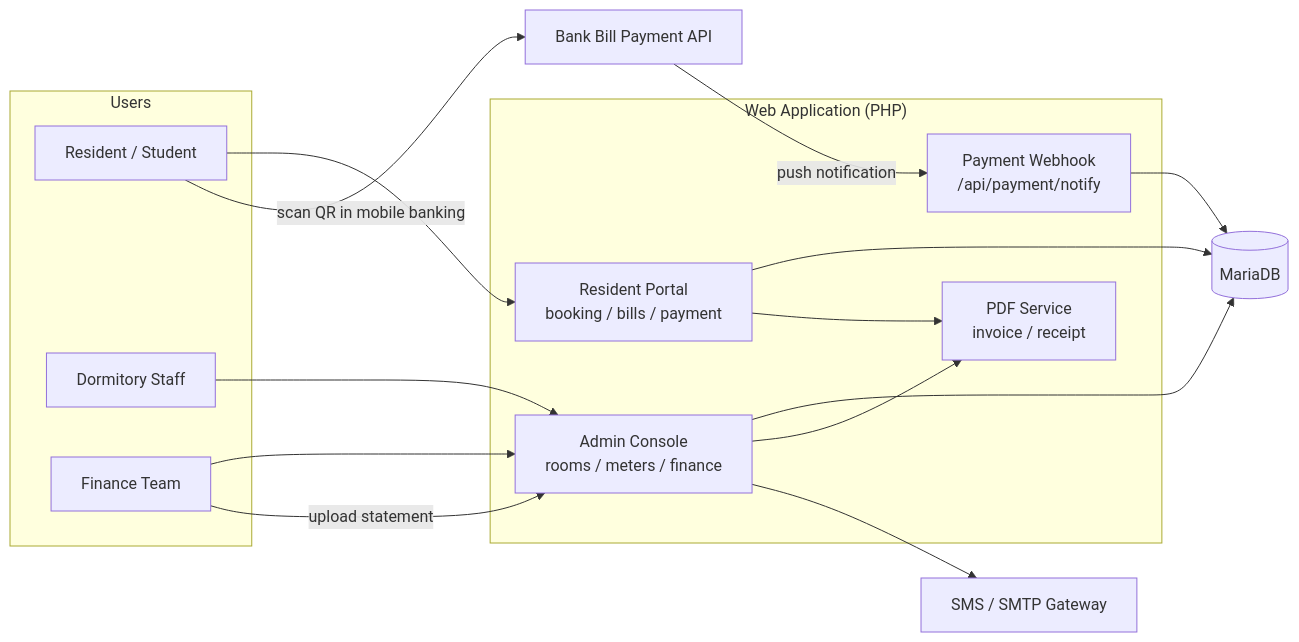
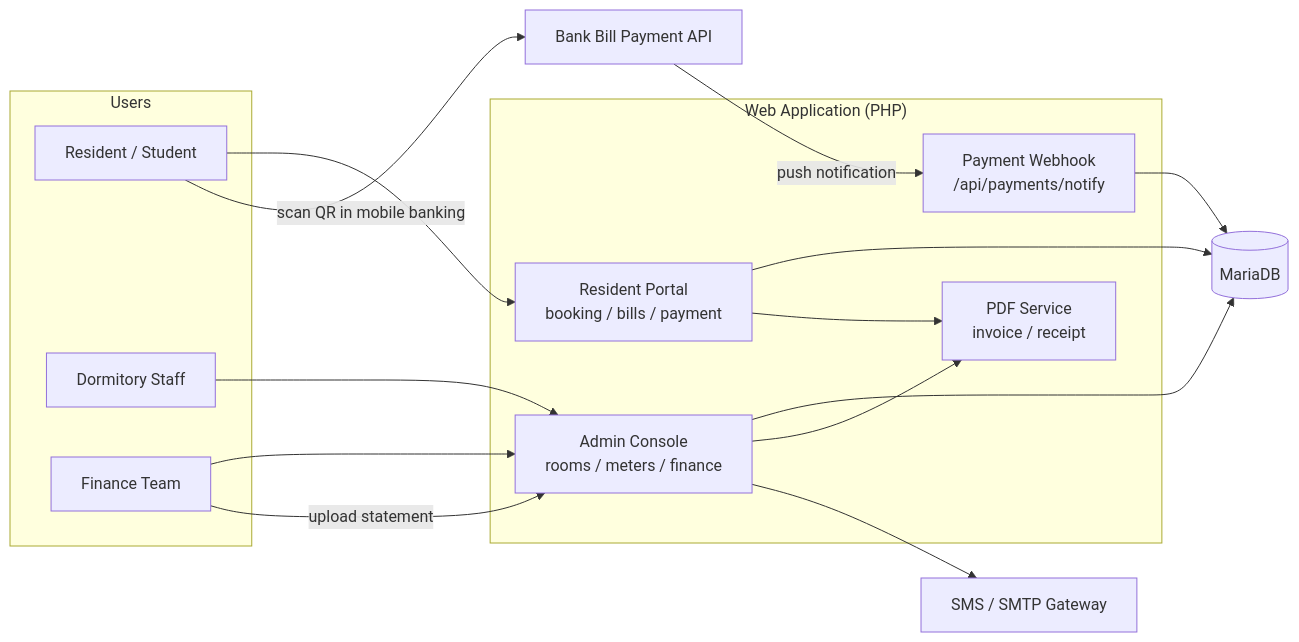
The first of 5 diagrams in README.en.md (NekoYanaki/dormitory-management-architecture), drawn with Mermaid before and after one commit. The commit also changed other lines of this file and 1 other file, not shown here.

````diff
--- a/README.en.md
+++ b/README.en.md
@@ -56,32 +58,32 @@
 ```mermaid
 flowchart LR
     subgraph Users
         R[Resident / Student]
         S[Dormitory Staff]
         F[Finance Team]
     end
 
     subgraph Web["Web Application (PHP)"]
         RP[Resident Portal<br/>booking / bills / payment]
         AP[Admin Console<br/>rooms / meters / finance]
-        WH[Payment Webhook<br/>/api/payment/notify]
+        WH[Payment Webhook<br/>/api/payments/notify]
         PDF[PDF Service<br/>invoice / receipt]
     end
 
     DB[(MariaDB)]
     BANK[Bank Bill Payment API]
     SMS[SMS / SMTP Gateway]
 
     R --> RP
     S --> AP
     F --> AP
     RP --> DB
     AP --> DB
     AP --> PDF
     RP --> PDF
     R -- scan QR in mobile banking --> BANK
     BANK -- push notification --> WH
     WH --> DB
     AP --> SMS
     F -- upload statement --> AP
 ```
````
